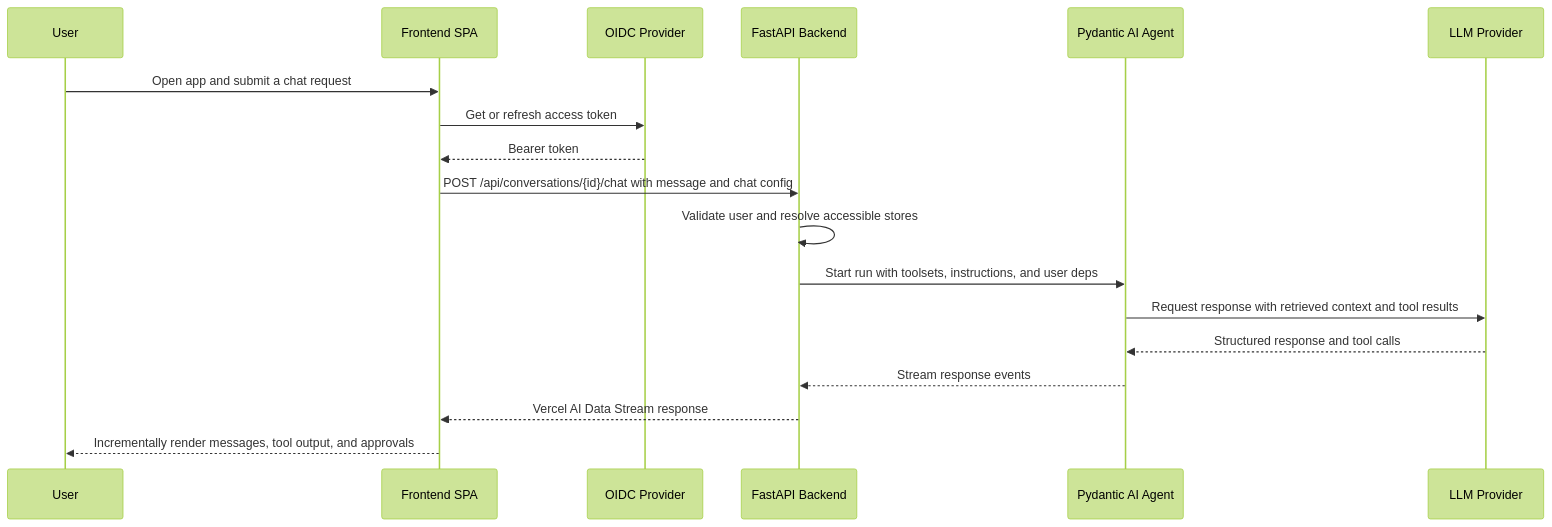
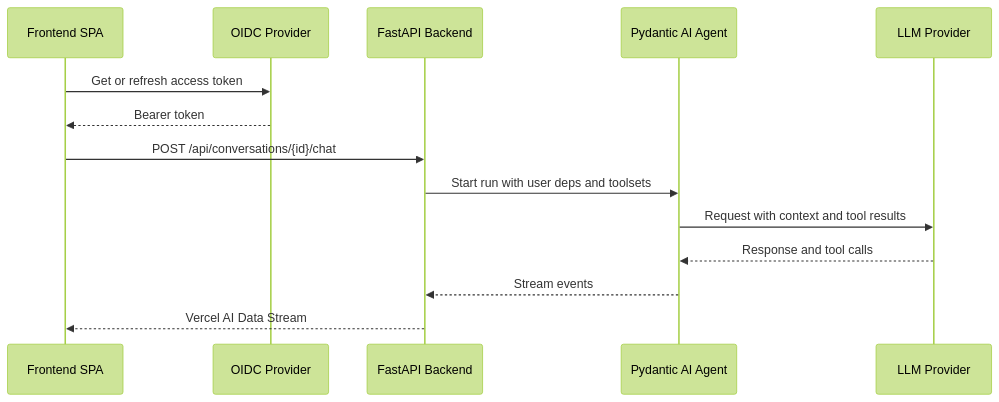
The second of 3 diagrams in ARCHITECTURE.md (dfki-ebls/hivegent), drawn with Mermaid (forest theme) before and after one commit. The commit also changed other lines of this file and 19 other files, not shown here.

````diff
--- a/ARCHITECTURE.md
+++ b/ARCHITECTURE.md
@@ -69,21 +57,17 @@
 ```mermaid
 sequenceDiagram
-    participant end_user as User
-    participant frontend_spa as Frontend SPA
-    participant oidc_provider as OIDC Provider
-    participant fastapi_backend as FastAPI Backend
+    participant spa as Frontend SPA
+    participant oidc as OIDC Provider
+    participant api as FastAPI Backend
     participant agent as Pydantic AI Agent
-    participant llm_provider as LLM Provider
+    participant llm as LLM Provider
 
-    end_user->>frontend_spa: Open app and submit a chat request
-    frontend_spa->>oidc_provider: Get or refresh access token
-    oidc_provider-->>frontend_spa: Bearer token
-    frontend_spa->>fastapi_backend: POST /api/conversations/{id}/chat with message and chat config
-    fastapi_backend->>fastapi_backend: Validate user and resolve accessible stores
-    fastapi_backend->>agent: Start run with toolsets, instructions, and user deps
-    agent->>llm_provider: Request response with retrieved context and tool results
-    llm_provider-->>agent: Structured response and tool calls
-    agent-->>fastapi_backend: Stream response events
-    fastapi_backend-->>frontend_spa: Vercel AI Data Stream response
-    frontend_spa-->>end_user: Incrementally render messages, tool output, and approvals
+    spa->>oidc: Get or refresh access token
+    oidc-->>spa: Bearer token
+    spa->>api: POST /api/conversations/{id}/chat
+    api->>agent: Start run with user deps and toolsets
+    agent->>llm: Request with context and tool results
+    llm-->>agent: Response and tool calls
+    agent-->>api: Stream events
+    api-->>spa: Vercel AI Data Stream
 ```
````
